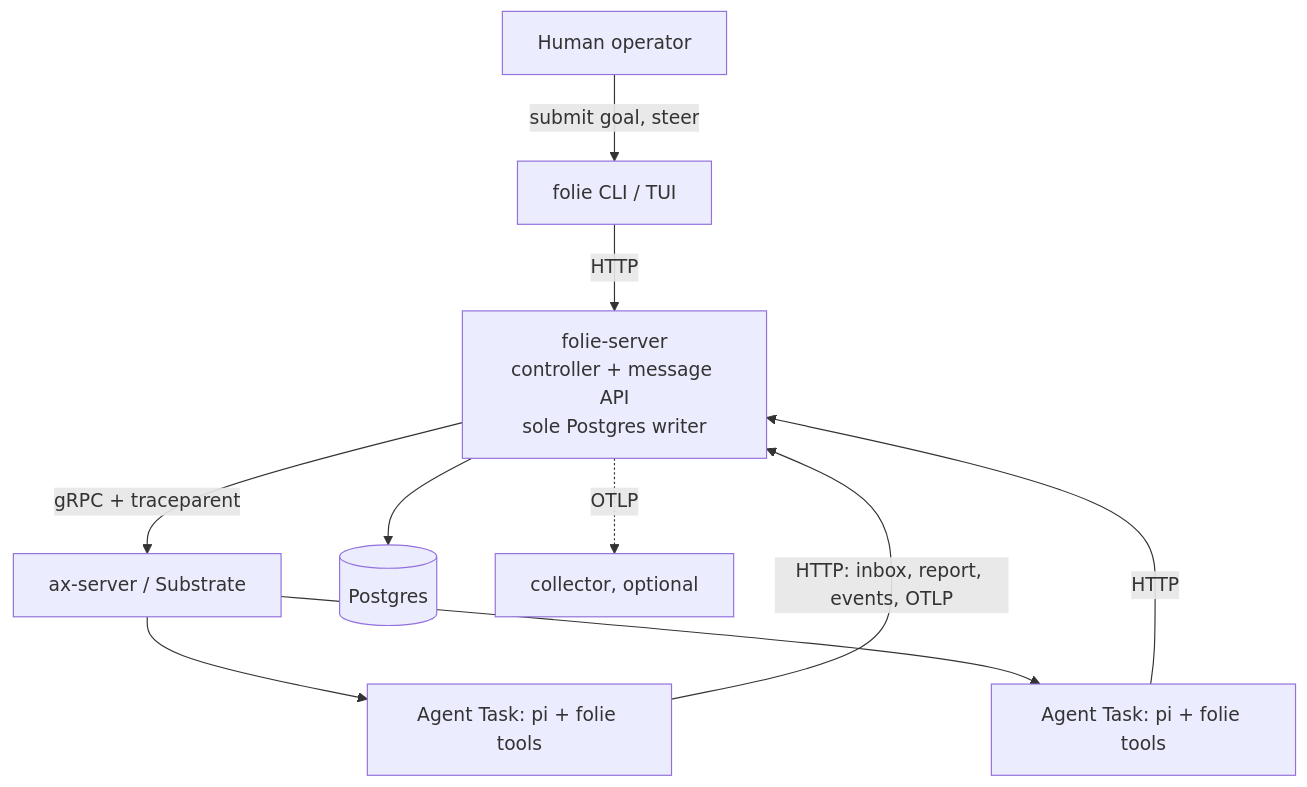
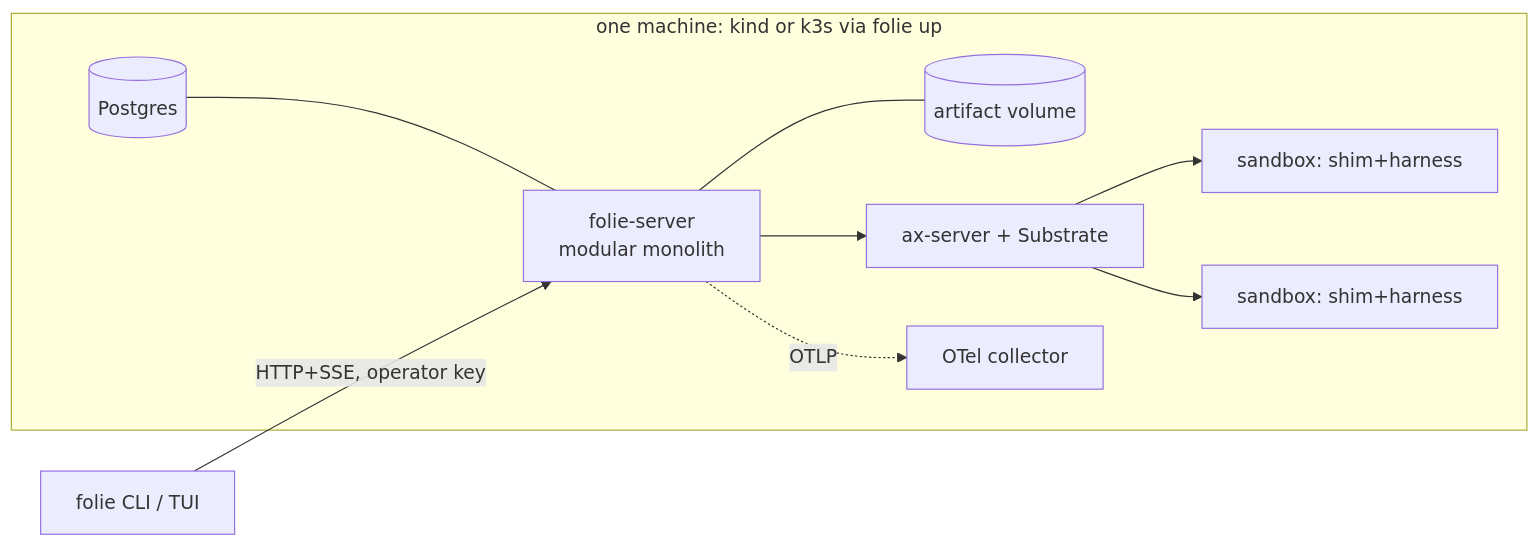
The second of 2 diagrams in DESIGN.md (sauryagur/Folie), drawn with Mermaid before and after one commit. The commit also changed other lines of this file and 20 other files, not shown here.

Commit message:
docs: swarm target architecture and R-1 spec baseline

````diff
--- a/DESIGN.md
+++ b/DESIGN.md
@@ -259,12 +373,11 @@
 ```mermaid
-graph TD
-    Human[Human operator] -->|submit goal, steer| TUI[folie CLI / TUI]
-    TUI -->|HTTP| Server[folie-server<br/>controller + message API<br/>sole Postgres writer]
-    Server -->|gRPC + traceparent| AxServer[ax-server / Substrate]
-    AxServer --> Agent1[Agent Task: pi + folie tools]
-    AxServer --> AgentN[Agent Task: pi + folie tools]
-    Agent1 -->|HTTP: inbox, report, events, OTLP| Server
-    AgentN -->|HTTP| Server
-    Server --> DB[(Postgres)]
-    Server -.->|OTLP| Collector[collector, optional]
+graph LR
+    subgraph Host[one machine: kind or k3s via folie up]
+      PGv[(Postgres)] --- S[folie-server<br/>modular monolith]
+      S --- ART[(artifact volume)]
+      S --> AXs[ax-server + Substrate]
+      S -.OTLP.-> COL[OTel collector]
+      AXs --> SB1[sandbox: shim+harness] & SB2[sandbox: shim+harness]
+    end
+    CLI[folie CLI / TUI] -->|HTTP+SSE, operator key| S
 ```
````
